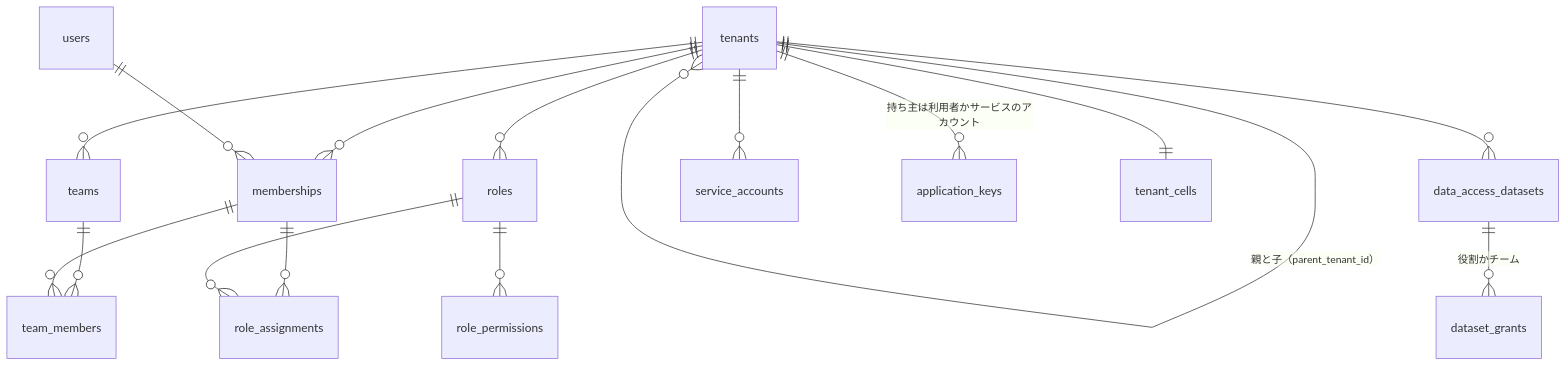
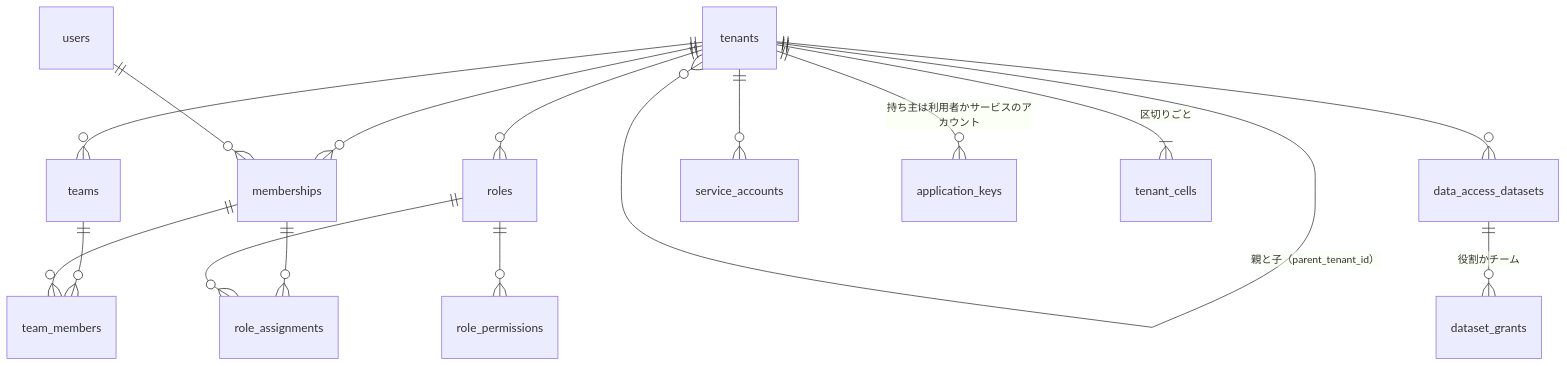
The first of 4 diagrams in systems/datadog/docs/architecture/tenancy-and-rbac.md (shoito/rebuilds), drawn with Mermaid before and after one commit. The commit also changed other lines of this file and 34 other files, not shown here.

Commit message:
Datadog: complete data model with ER diagrams, table catalog and binary format specs

````diff
--- a/systems/datadog/docs/architecture/tenancy-and-rbac.md
+++ b/systems/datadog/docs/architecture/tenancy-and-rbac.md
@@ -44,18 +44,18 @@
 ```mermaid
 erDiagram
     tenants ||--o{ tenants : "親と子（parent_tenant_id）"
     tenants ||--o{ memberships : ""
     users ||--o{ memberships : ""
     tenants ||--o{ teams : ""
     teams ||--o{ team_members : ""
     memberships ||--o{ team_members : ""
     tenants ||--o{ roles : ""
     roles ||--o{ role_permissions : ""
     memberships ||--o{ role_assignments : ""
     roles ||--o{ role_assignments : ""
     tenants ||--o{ data_access_datasets : ""
     data_access_datasets ||--o{ dataset_grants : "役割かチーム"
     tenants ||--o{ service_accounts : ""
     tenants ||--o{ application_keys : "持ち主は利用者かサービスのアカウント"
-    tenants ||--|| tenant_cells : ""
+    tenants ||--|{ tenant_cells : "区切りごと"
 ```
````
